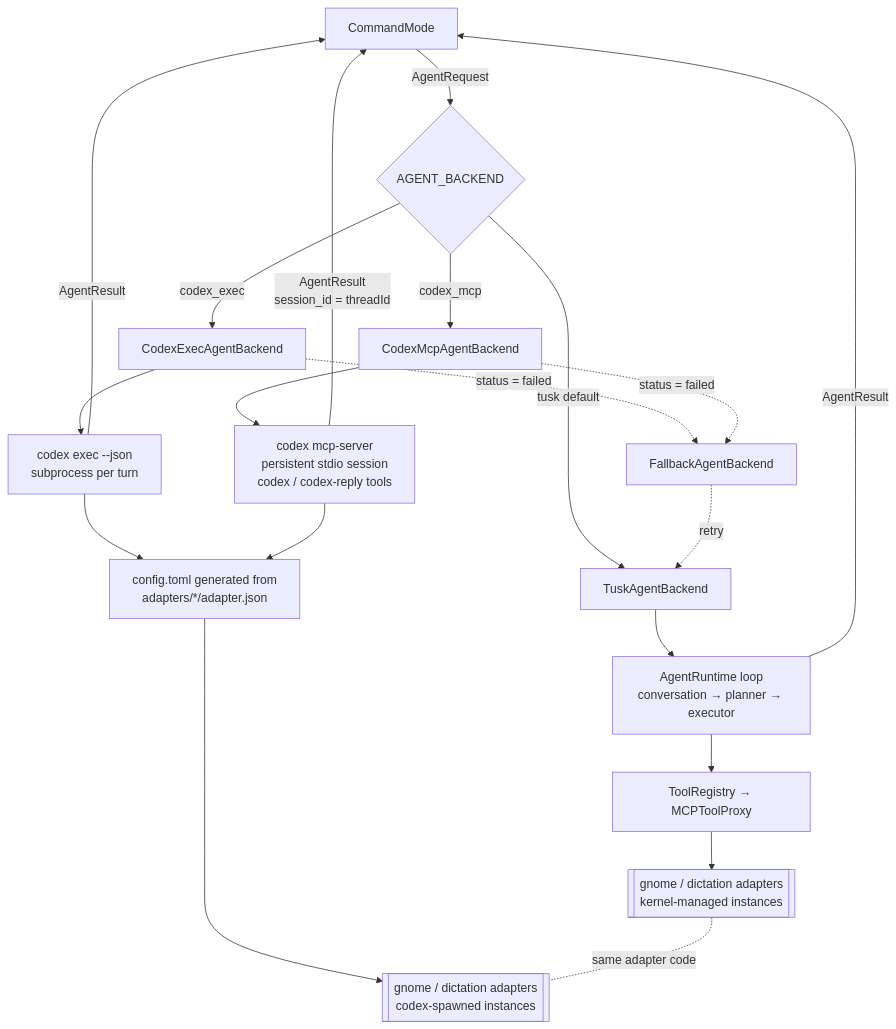
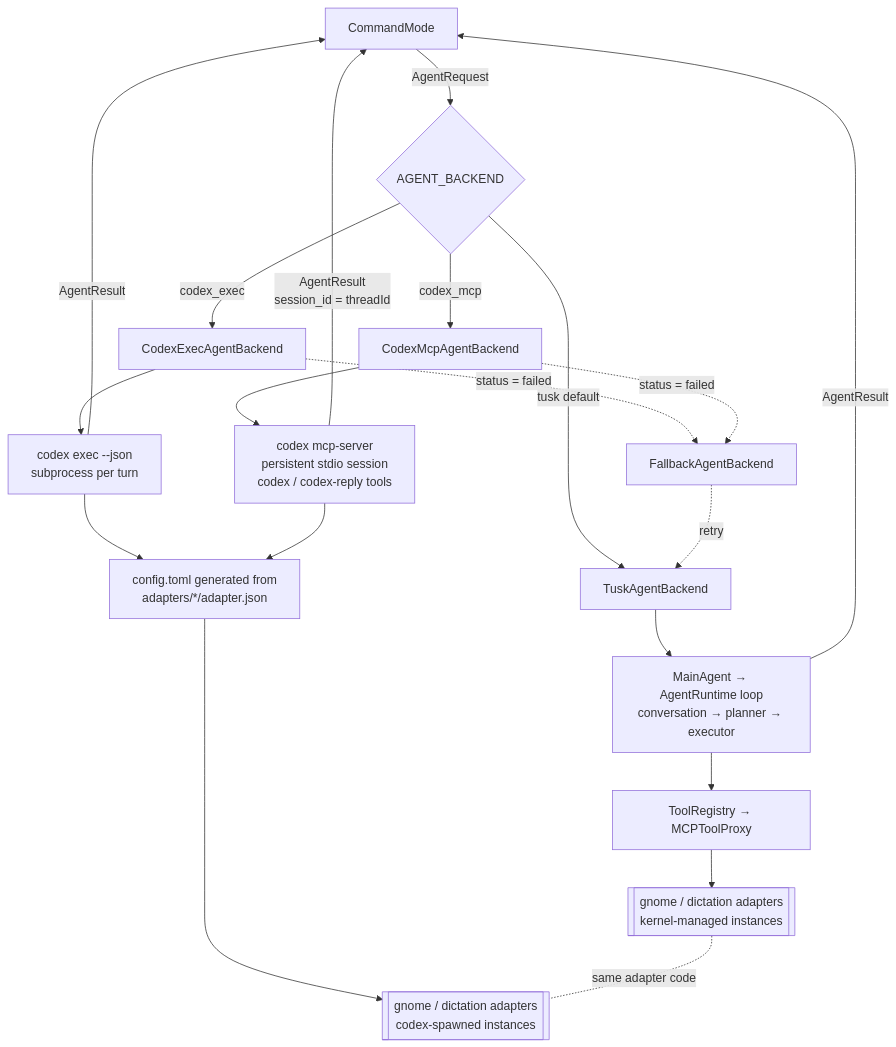
One commit to vovka/tusk changed the fourth of 4 diagrams in docs/architecture.md. Above: the diagram before and after it, drawn with Mermaid. The commit also changed other lines of this file and 7 other files, not shown here.

First line of the commit message:
docs: refresh architecture doc, add class and interface diagrams

````diff
--- a/docs/architecture.md
+++ b/docs/architecture.md
@@ -916,27 +440,27 @@
 ```mermaid
 flowchart TD
     CM[CommandMode] -->|AgentRequest| SEL{AGENT_BACKEND}
     SEL -->|tusk default| TUSK[TuskAgentBackend]
     SEL -->|codex_exec| CODEX[CodexExecAgentBackend]
     SEL -->|codex_mcp| MCPB[CodexMcpAgentBackend]
 
-    TUSK --> ORC[AgentRuntime loop<br/>conversation → planner → executor]
+    TUSK --> ORC[MainAgent → AgentRuntime loop<br/>conversation → planner → executor]
     ORC --> REG[ToolRegistry → MCPToolProxy]
 
     CODEX --> PROC[codex exec --json<br/>subprocess per turn]
     MCPB --> SRV[codex mcp-server<br/>persistent stdio session<br/>codex / codex-reply tools]
     PROC --> CFG[config.toml generated from<br/>adapters/*/adapter.json]
     SRV --> CFG
 
     REG --> AK[[gnome / dictation adapters<br/>kernel-managed instances]]
     CFG --> AC[[gnome / dictation adapters<br/>codex-spawned instances]]
     AK -. same adapter code .- AC
 
     CODEX -. status = failed .-> FALL[FallbackAgentBackend]
     MCPB -. status = failed .-> FALL
     FALL -. retry .-> TUSK
 
     ORC -->|AgentResult| CM
     PROC -->|AgentResult| CM
     SRV -->|AgentResult<br/>session_id = threadId| CM
 ```
````
